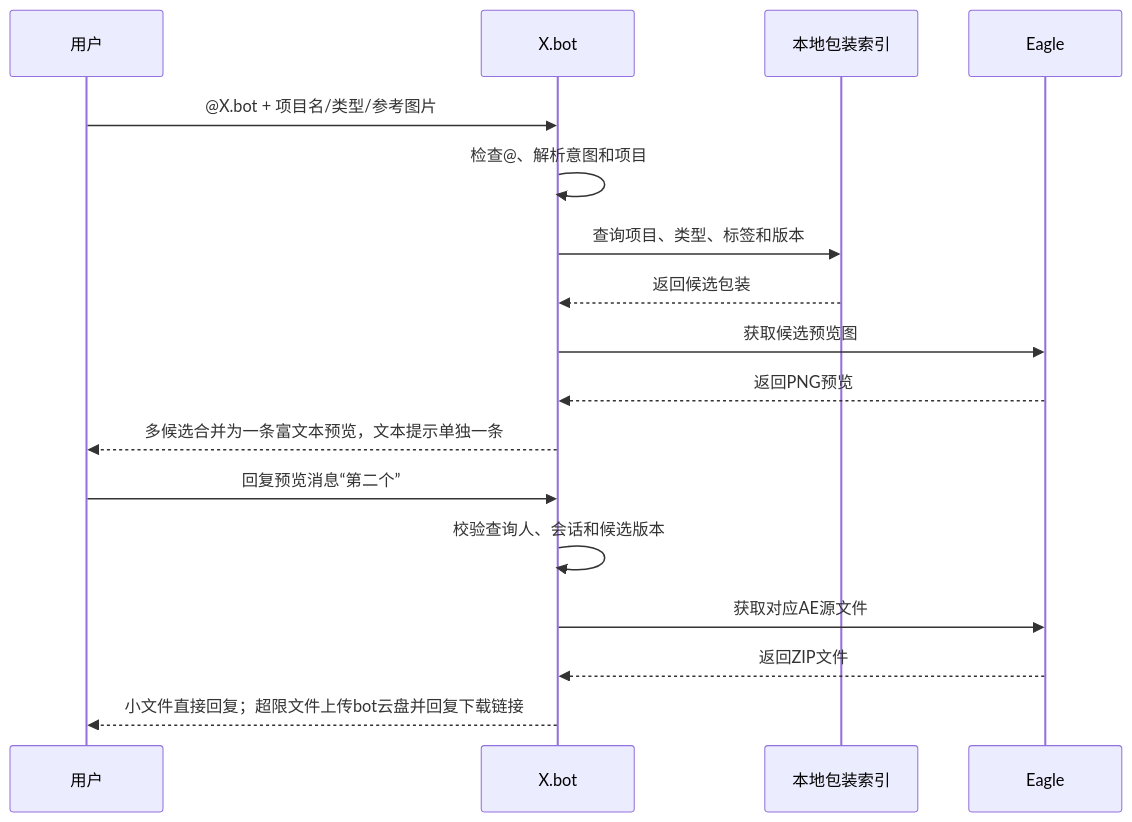
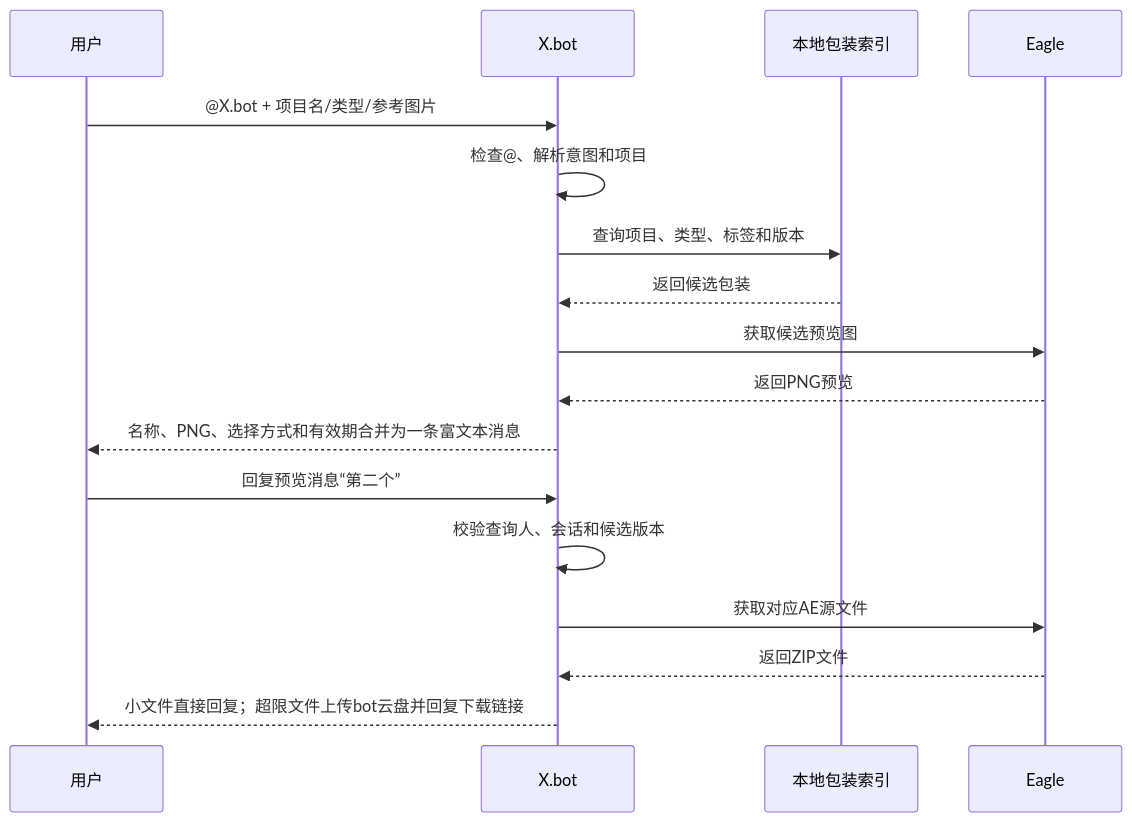
One commit to OooT-x/xbot-packaging-search changed the diagram in docs/飞书机器人包装素材检索项目文档.md. Above: the diagram before and after it, drawn with Mermaid. The commit also changed other lines of this file and 6 other files, not shown here.

````diff
--- a/docs/飞书机器人包装素材检索项目文档.md
+++ b/docs/飞书机器人包装素材检索项目文档.md
@@ -368,20 +368,20 @@
 ```mermaid
 sequenceDiagram
     participant U as 用户
     participant B as X.bot
     participant I as 本地包装索引
     participant E as Eagle
 
     U->>B: @X.bot + 项目名/类型/参考图片
     B->>B: 检查@、解析意图和项目
     B->>I: 查询项目、类型、标签和版本
     I-->>B: 返回候选包装
     B->>E: 获取候选预览图
     E-->>B: 返回PNG预览
-    B-->>U: 多候选合并为一条富文本预览，文本提示单独一条
+    B-->>U: 名称、PNG、选择方式和有效期合并为一条富文本消息
     U->>B: 回复预览消息“第二个”
     B->>B: 校验查询人、会话和候选版本
     B->>E: 获取对应AE源文件
     E-->>B: 返回ZIP文件
     B-->>U: 小文件直接回复；超限文件上传bot云盘并回复下载链接
 ```
````
